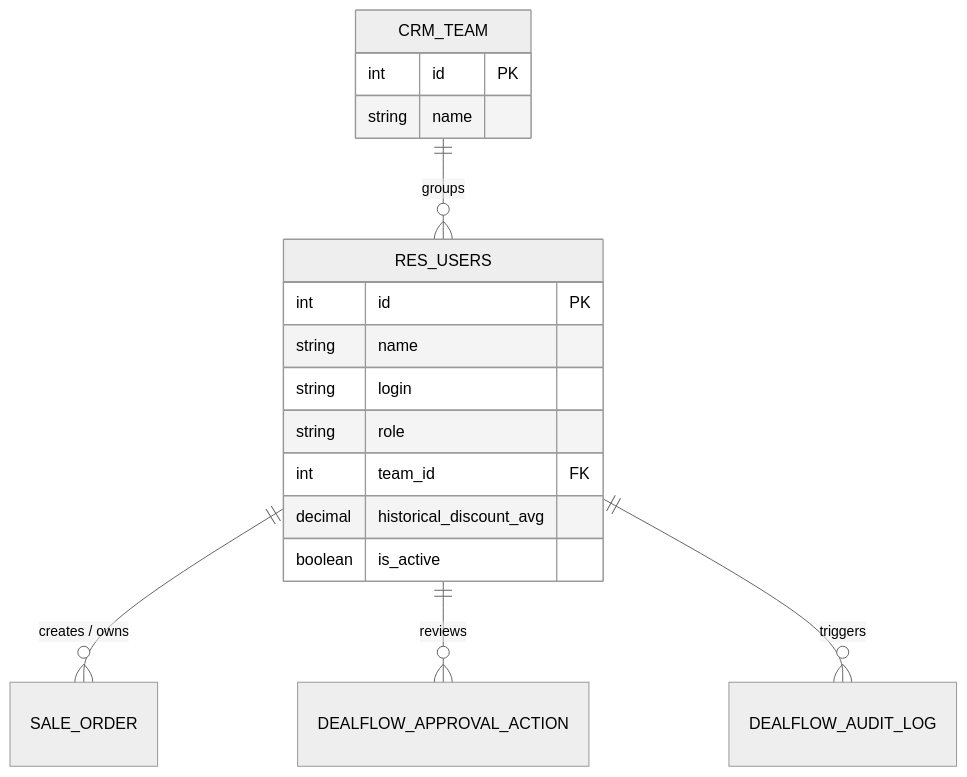
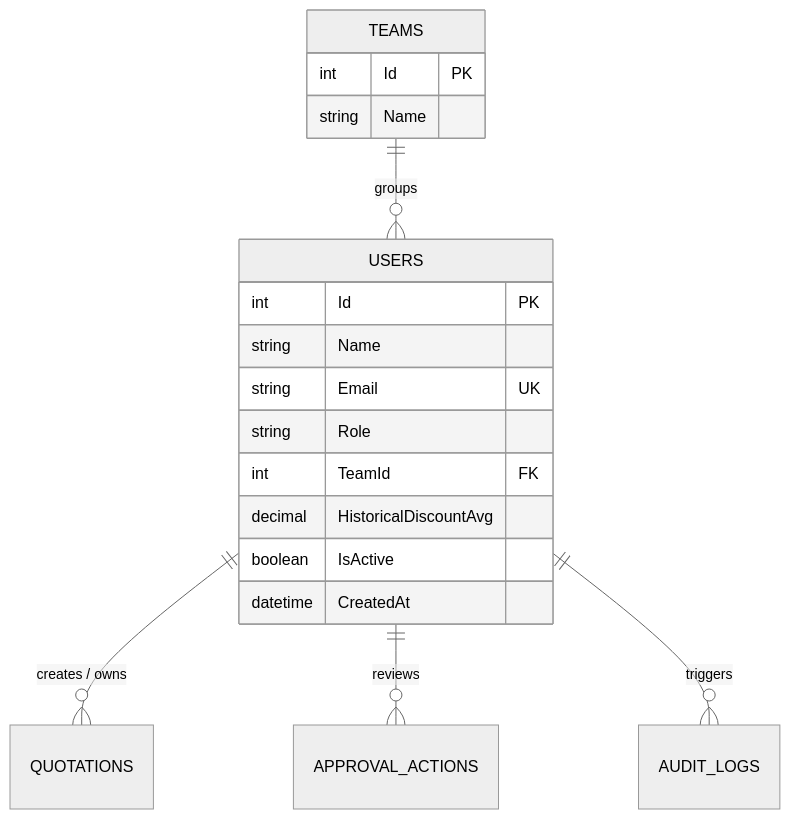
The first of 9 diagrams in docs/database/DEALFLOW360_ERD.md (aniruddh209/Odoo-Heckathon-Gandhinagar), drawn with Mermaid (neutral theme) before and after one commit. The commit also changed other lines of this file and 10 other files, not shown here.

Commit message:
chore(architecture): lock stack to React + ASP.NET Core + SQL Server and align documentation

````diff
--- a/docs/database/DEALFLOW360_ERD.md
+++ b/docs/database/DEALFLOW360_ERD.md
@@ -12,22 +12,23 @@
 ```mermaid
 erDiagram
-    RES_USERS ||--o{ SALE_ORDER : "creates / owns"
-    RES_USERS ||--o{ DEALFLOW_APPROVAL_ACTION : "reviews"
-    RES_USERS ||--o{ DEALFLOW_AUDIT_LOG : "triggers"
-    CRM_TEAM ||--o{ RES_USERS : "groups"
+    USERS ||--o{ QUOTATIONS : "creates / owns"
+    USERS ||--o{ APPROVAL_ACTIONS : "reviews"
+    USERS ||--o{ AUDIT_LOGS : "triggers"
+    TEAMS ||--o{ USERS : "groups"
 
-    RES_USERS {
-        int id PK
-        string name
-        string login
-        string role
-        int team_id FK
-        decimal historical_discount_avg
-        boolean is_active
+    USERS {
+        int Id PK
+        string Name
+        string Email UK
+        string Role
+        int TeamId FK
+        decimal HistoricalDiscountAvg
+        boolean IsActive
+        datetime CreatedAt
     }
 
-    CRM_TEAM {
-        int id PK
-        string name
+    TEAMS {
+        int Id PK
+        string Name
     }
 ```
````
